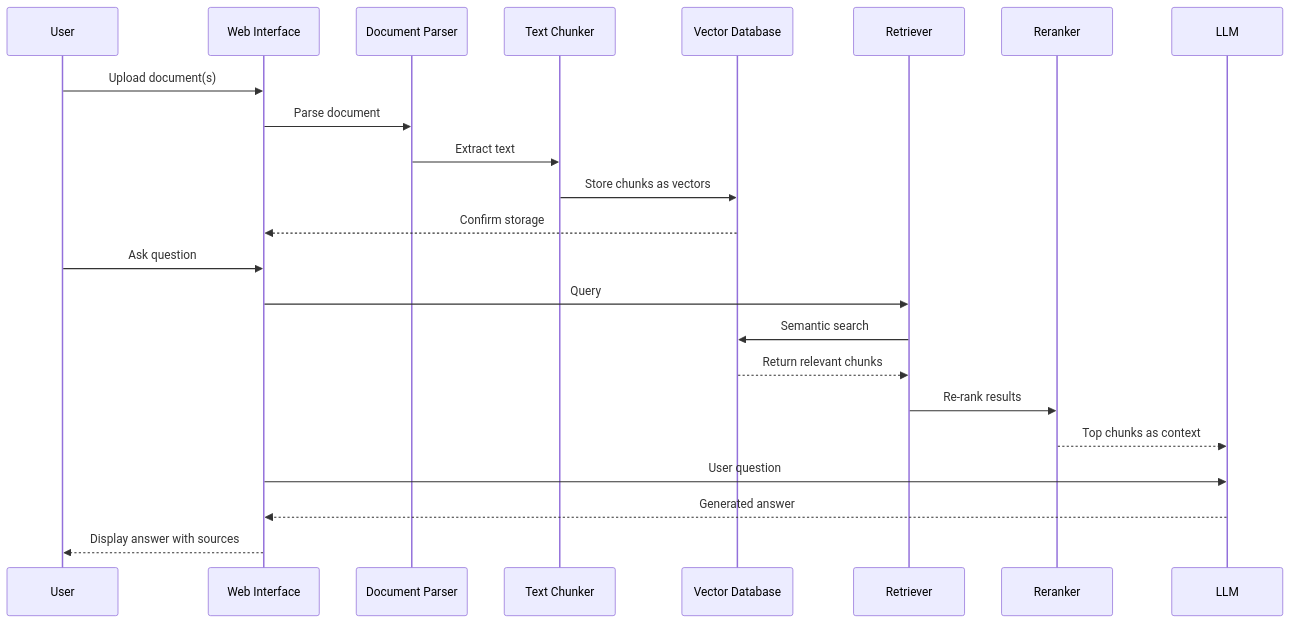
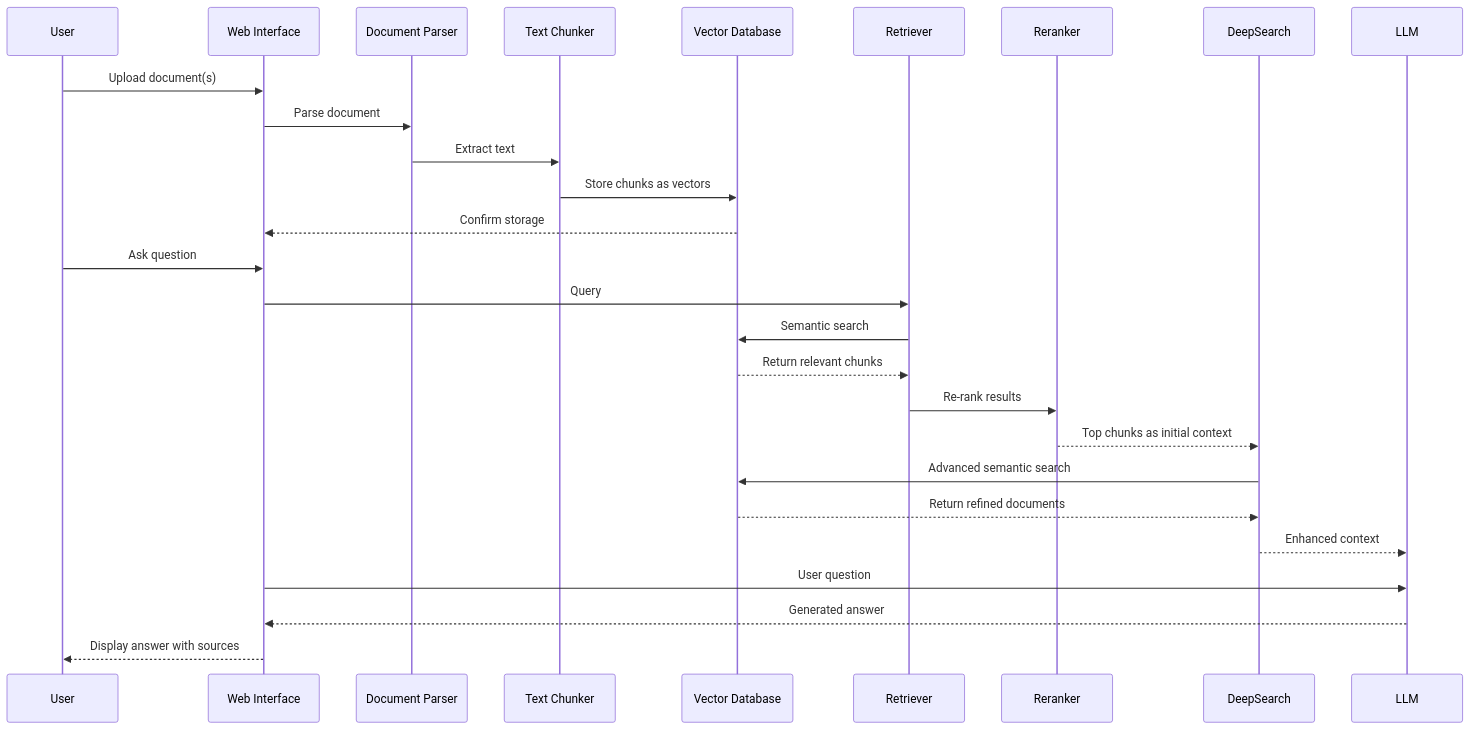
One commit to zuoyifan132/manusRAG changed the second of 2 diagrams in README.md. Above: the diagram before and after it, drawn with Mermaid. The commit also changed other lines of this file and 10 other files, not shown here.

Commit message:
add new feature deep search RAG Q&A system and UI support

````diff
--- a/README.md
+++ b/README.md
@@ -46,29 +50,33 @@
 ```mermaid
 sequenceDiagram
     participant User
     participant UI as Web Interface
     participant Parser as Document Parser
     participant Chunker as Text Chunker
     participant DB as Vector Database
     participant Retriever
     participant Reranker
+    participant DeepSearch
     participant LLM
     
     %% Document ingestion flow
     User->>UI: Upload document(s)
     UI->>Parser: Parse document
     Parser->>Chunker: Extract text
     Chunker->>DB: Store chunks as vectors
     DB-->>UI: Confirm storage
     
     %% Query flow
     User->>UI: Ask question
     UI->>Retriever: Query
     Retriever->>DB: Semantic search
     DB-->>Retriever: Return relevant chunks
     Retriever->>Reranker: Re-rank results
-    Reranker-->>LLM: Top chunks as context
+    Reranker-->>DeepSearch: Top chunks as initial context
+    DeepSearch->>DB: Advanced semantic search
+    DB-->>DeepSearch: Return refined documents
+    DeepSearch-->>LLM: Enhanced context
     UI->>LLM: User question
     LLM-->>UI: Generated answer
     UI-->>User: Display answer with sources
 ```
````
